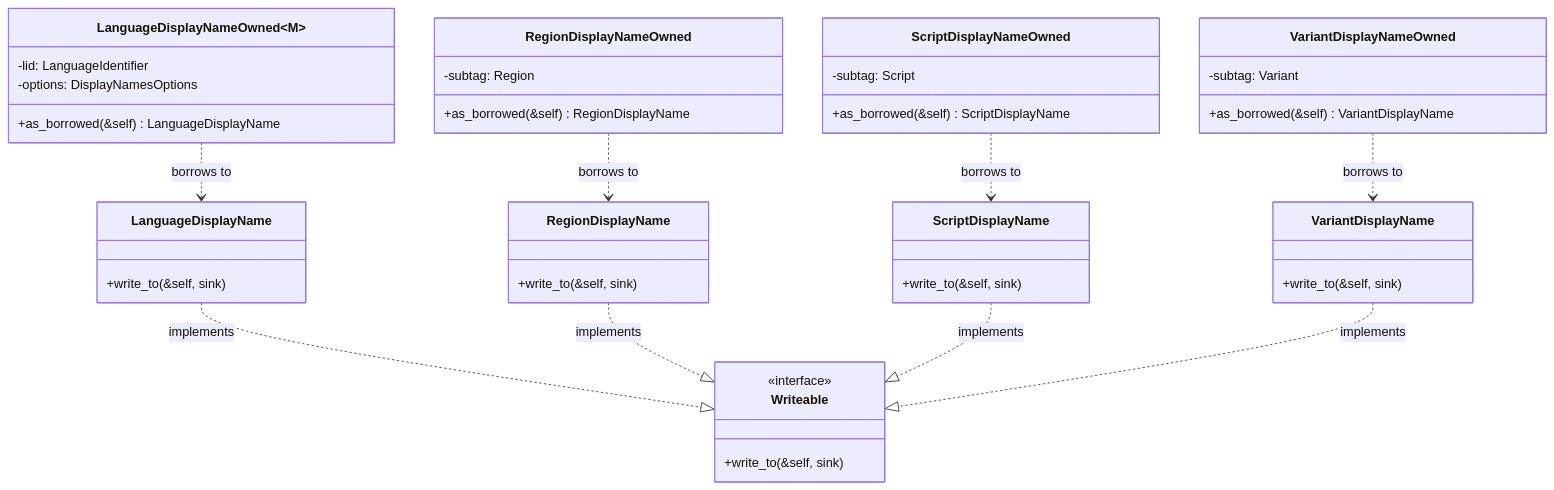
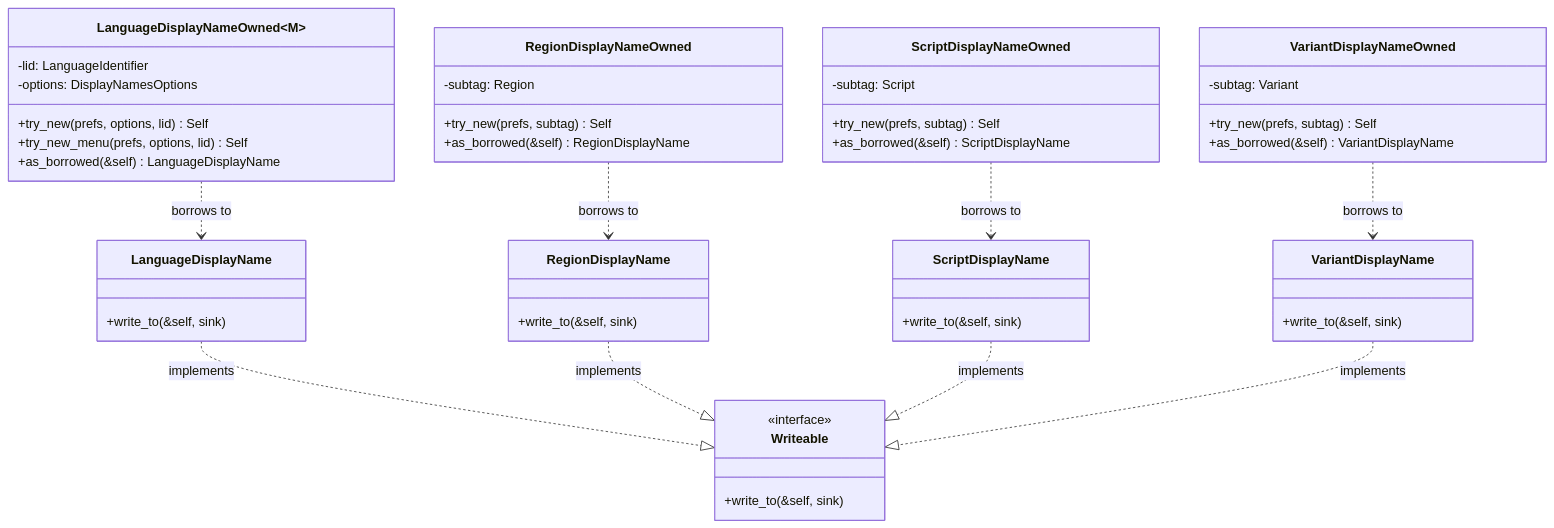
One commit to unicode-org/icu4x changed the diagram in components/experimental/src/displaynames/single/README.md. Above: the diagram before and after it, drawn with Mermaid. The commit also changed other lines of this file and 3 other files, not shown here.

````diff
--- a/components/experimental/src/displaynames/single/README.md
+++ b/components/experimental/src/displaynames/single/README.md
@@ -13,48 +13,53 @@
 ```mermaid
 classDiagram
     class Writeable {
         <<interface>>
         +write_to(&self, sink)
     }
 
     class LanguageDisplayNameOwned~M~ {
         -lid: LanguageIdentifier
         -options: DisplayNamesOptions
+        +try_new(prefs, options, lid) Self
+        +try_new_menu(prefs, options, lid) Self
         +as_borrowed(&self) LanguageDisplayName
     }
     class LanguageDisplayName {
         +write_to(&self, sink)
     }
     LanguageDisplayNameOwned ..> LanguageDisplayName : borrows to
     LanguageDisplayName ..|> Writeable : implements
 
     class RegionDisplayNameOwned {
         -subtag: Region
+        +try_new(prefs, subtag) Self
         +as_borrowed(&self) RegionDisplayName
     }
     class RegionDisplayName {
         +write_to(&self, sink)
     }
     RegionDisplayNameOwned ..> RegionDisplayName : borrows to
     RegionDisplayName ..|> Writeable : implements
 
     class ScriptDisplayNameOwned {
         -subtag: Script
+        +try_new(prefs, subtag) Self
         +as_borrowed(&self) ScriptDisplayName
     }
     class ScriptDisplayName {
         +write_to(&self, sink)
     }
     ScriptDisplayNameOwned ..> ScriptDisplayName : borrows to
     ScriptDisplayName ..|> Writeable : implements
 
     class VariantDisplayNameOwned {
         -subtag: Variant
+        +try_new(prefs, subtag) Self
         +as_borrowed(&self) VariantDisplayName
     }
     class VariantDisplayName {
         +write_to(&self, sink)
     }
     VariantDisplayNameOwned ..> VariantDisplayName : borrows to
     VariantDisplayName ..|> Writeable : implements
 ```
````
